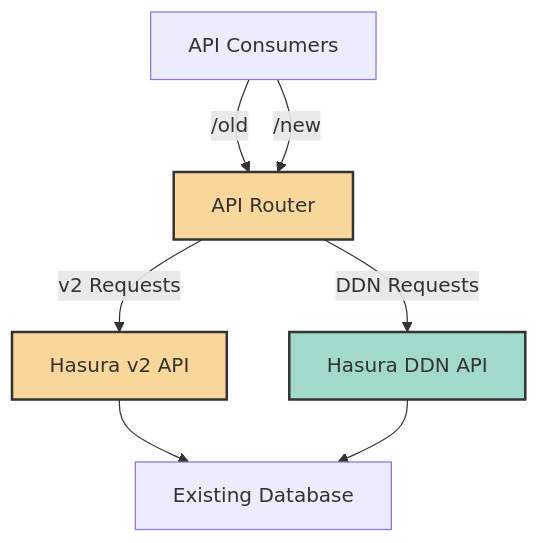
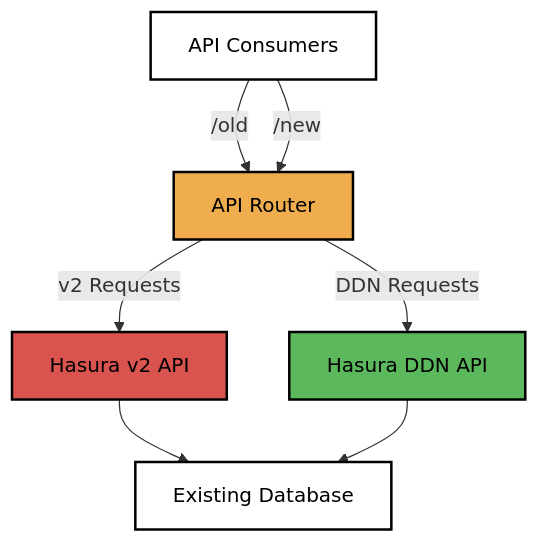
Before and after one commit to hasura/ddn-docs: the second of 3 diagrams in docs/upgrade/guide.mdx, drawn with Mermaid. The commit also changed other lines of this file, not shown here.

````diff
--- a/docs/upgrade/guide.mdx
+++ b/docs/upgrade/guide.mdx
@@ -124,12 +126,14 @@
 ```mermaid
 graph TD
     A[API Consumers] -->|/old| B[API Router]
     A -->|/new| B
     B -->|v2 Requests| C[Hasura v2 API]
     B -->|DDN Requests| D[Hasura DDN API]
     C --> E[Existing Database]
     D --> E
-    style B fill:#f9d79b,stroke:#333,stroke-width:2px
-    style C fill:#f9d79b,stroke:#333,stroke-width:2px
-    style D fill:#a2d9ce,stroke:#333,stroke-width:2px
+    style A fill:#ffffff,stroke:#000000,stroke-width:2px,color:#000000
+    style B fill:#f0ad4e,stroke:#000000,stroke-width:2px,color:#000000
+    style C fill:#d9534f,stroke:#000000,stroke-width:2px,color:#000000
+    style D fill:#5cb85c,stroke:#000000,stroke-width:2px,color:#000000
+    style E fill:#ffffff,stroke:#000000,stroke-width:2px,color:#000000
 ```
````
